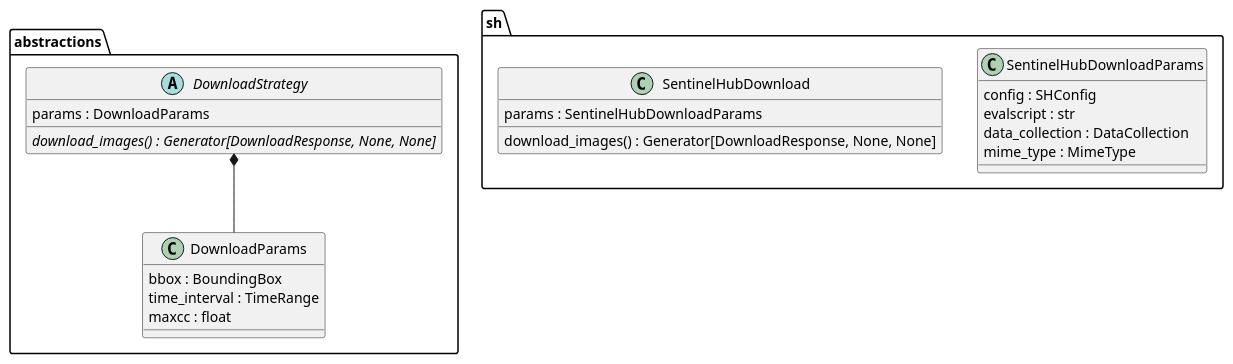
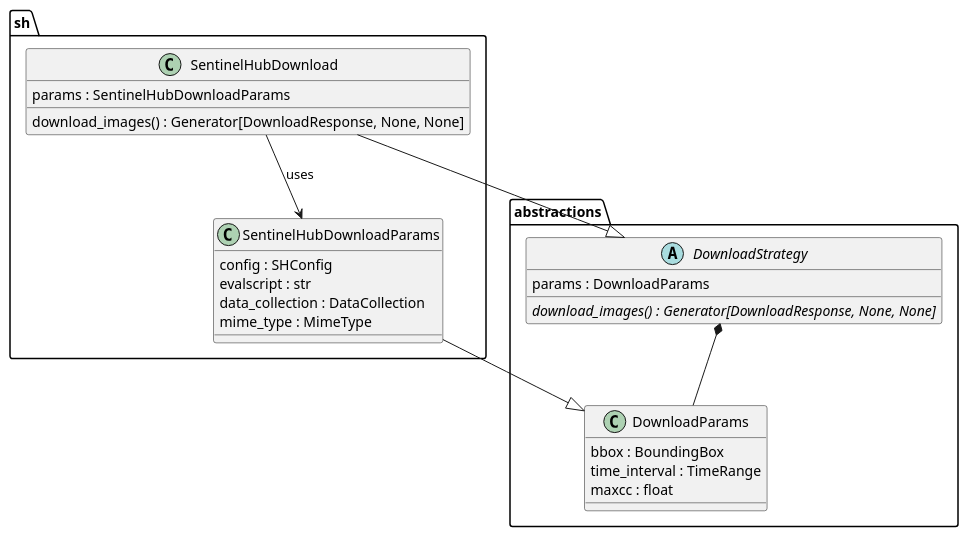
One commit to OceanEcoWatch/PlasticDetectionService changed the diagram in docs/diagrams/puml/code_download.puml. Above: the diagram before and after it, drawn with PlantUML. The commit also changed 3 other files, not shown here.

```diff
--- a/docs/diagrams/puml/code_download.puml
+++ b/docs/diagrams/puml/code_download.puml
@@ -1,34 +1,39 @@
 @startuml Code Download
 
 package abstractions{
 class DownloadParams {
         bbox : BoundingBox
         time_interval : TimeRange
         maxcc : float
 }
 
 abstract class DownloadStrategy {
     {field} params : DownloadParams
     {abstract} download_images() : Generator[DownloadResponse, None, None]
 }
 
 
 
 DownloadStrategy *-- DownloadParams
 }
 
 package sh {
 class SentinelHubDownloadParams {
     config : SHConfig
     evalscript : str
     data_collection : DataCollection
     mime_type : MimeType
 }
 class SentinelHubDownload {
     {field} params : SentinelHubDownloadParams
     download_images() : Generator[DownloadResponse, None, None]
 }
 
 }
 
+SentinelHubDownload --> SentinelHubDownloadParams: uses
+SentinelHubDownloadParams --|> abstractions.DownloadParams
+SentinelHubDownload --|> abstractions.DownloadStrategy
+
+
 @enduml
```
